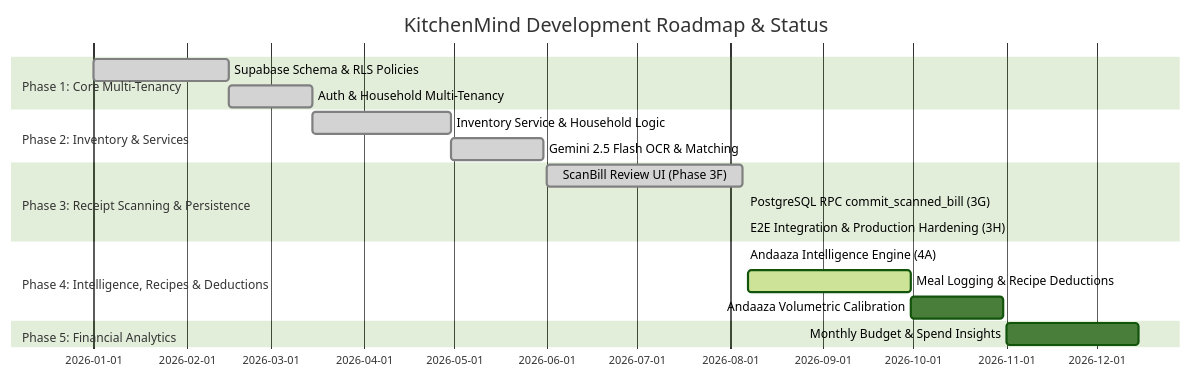
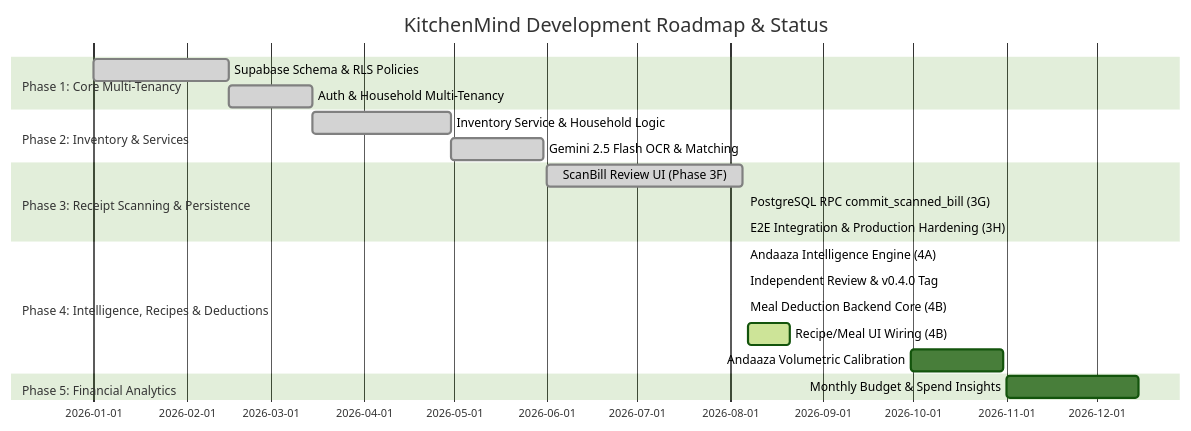
The diagram in documentation/19_IMPLEMENTATION_STATUS_AND_ROADMAP.md (keshavaibuilder/kitchenmind), drawn with Mermaid (forest theme) before and after one commit. The commit also changed other lines of this file and 12 other files, not shown here.

````diff
--- a/documentation/19_IMPLEMENTATION_STATUS_AND_ROADMAP.md
+++ b/documentation/19_IMPLEMENTATION_STATUS_AND_ROADMAP.md
@@ -9,21 +9,23 @@
 ```mermaid
 gantt
     title KitchenMind Development Roadmap & Status
     dateFormat  YYYY-MM-DD
     section Phase 1: Core Multi-Tenancy
     Supabase Schema & RLS Policies      :done,    p1, 2026-01-01, 2026-02-15
     Auth & Household Multi-Tenancy     :done,    p2, 2026-02-15, 2026-03-15
     section Phase 2: Inventory & Services
     Inventory Service & Household Logic:done,    p3, 2026-03-15, 2026-04-30
     Gemini 2.5 Flash OCR & Matching    :done,    p4, 2026-04-30, 2026-05-31
     section Phase 3: Receipt Scanning & Persistence
     ScanBill Review UI (Phase 3F)      :done,    p5, 2026-06-01, 2026-08-05
     PostgreSQL RPC commit_scanned_bill (3G) :done,  p6, 2026-08-06, 2026-08-06
     E2E Integration & Production Hardening (3H):done, p7, 2026-08-06, 2026-08-06
     section Phase 4: Intelligence, Recipes & Deductions
     Andaaza Intelligence Engine (4A)    :done,    p8, 2026-08-06, 2026-08-06
-    Meal Logging & Recipe Deductions    :active,  p9, 2026-08-07, 2026-09-30
+    Independent Review & v0.4.0 Tag     :done,    p8b, 2026-08-06, 2026-08-06
+    Meal Deduction Backend Core (4B)    :done,    p9, 2026-08-06, 2026-08-06
+    Recipe/Meal UI Wiring (4B)          :active,  p9b, 2026-08-07, 2026-08-21
     Andaaza Volumetric Calibration      :         p10, 2026-09-30, 2026-10-31
     section Phase 5: Financial Analytics
     Monthly Budget & Spend Insights     :        p11, 2026-11-01, 2026-12-15
 ```
````
